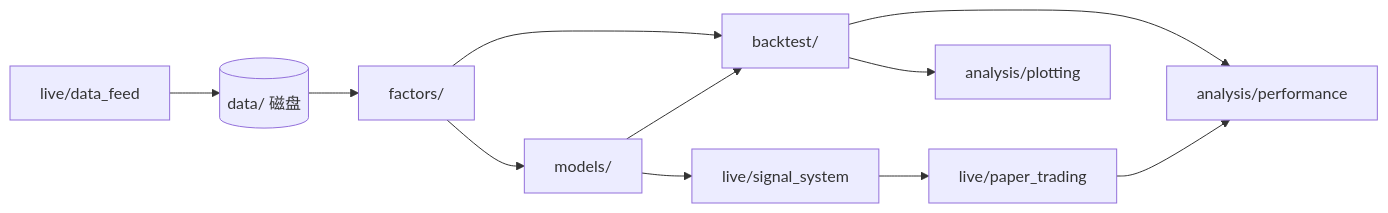
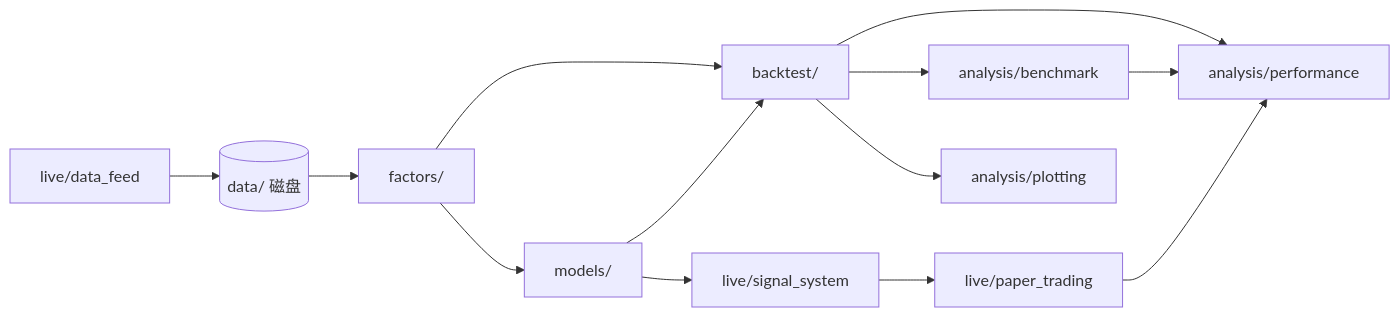
One commit to Mikowong0821/quant_strategy changed the diagram in docs/CODE_STRUCTURE.md. Above: the diagram before and after it, drawn with Mermaid. The commit also changed other lines of this file and 19 other files, not shown here.

Commit message:
Add benchmark and excess return analysis

````diff
--- a/docs/CODE_STRUCTURE.md
+++ b/docs/CODE_STRUCTURE.md
@@ -18,23 +18,26 @@
 ```mermaid
 flowchart LR
   data[(data/ 磁盘)]
   feed[live/data_feed]
   fac[factors/]
   bt[backtest/]
   opt[models/]
   sig[live/signal_system]
   paper[live/paper_trading]
   perf[analysis/performance]
+  bench[analysis/benchmark]
   plot[analysis/plotting]
 
   data --> fac
   feed --> data
   fac --> bt
   opt --> bt
   bt --> perf
+  bt --> bench
+  bench --> perf
   bt --> plot
   fac --> opt
   opt --> sig
   sig --> paper
   paper --> perf
 ```
````
